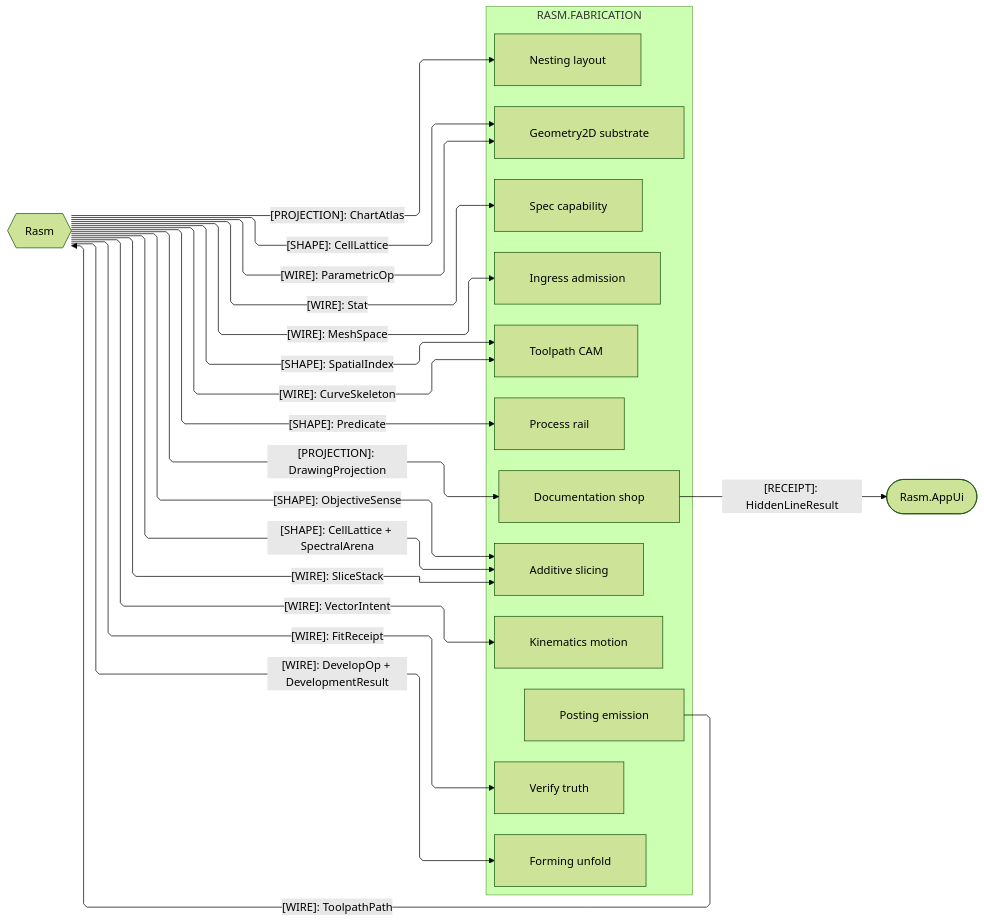
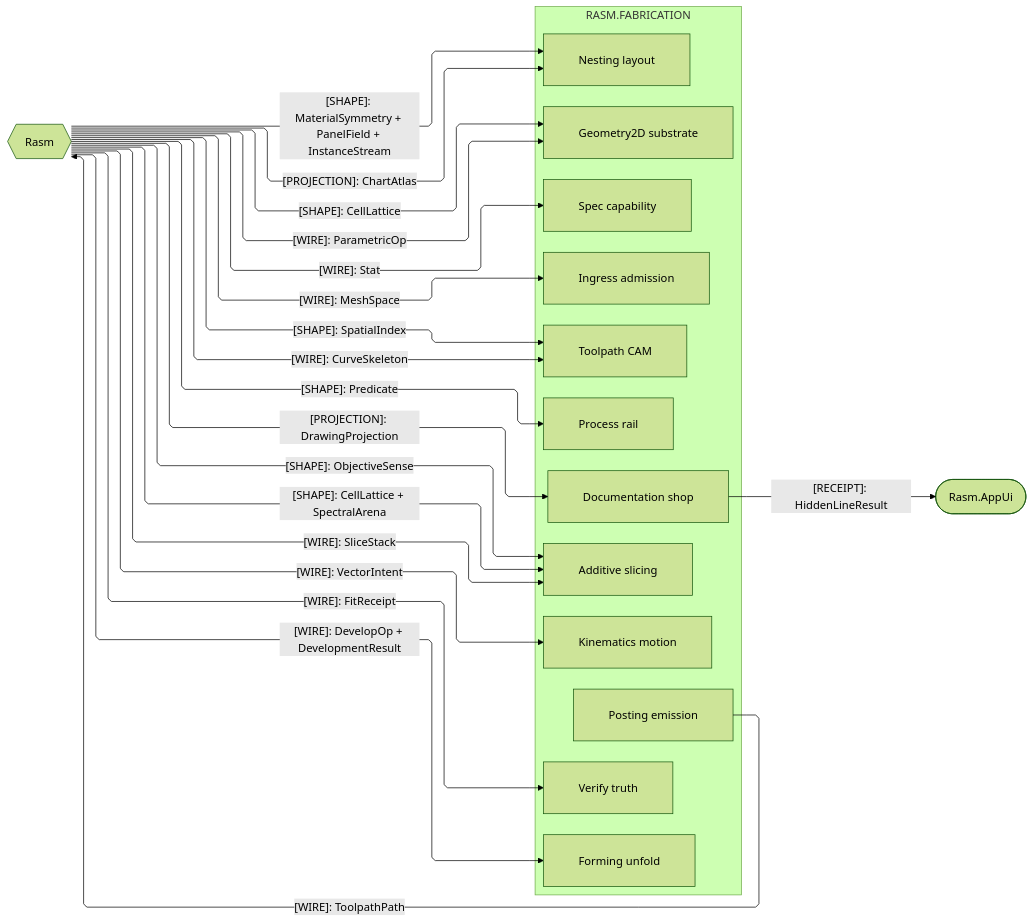
One commit to bsamiee/Rasm changed the third of 4 diagrams in libs/dotnet/Rasm.Fabrication/ARCHITECTURE.md. Above: the diagram before and after it, drawn with Mermaid (forest theme). The commit also changed other lines of this file and 167 other files, not shown here.

````diff
--- a/libs/dotnet/Rasm.Fabrication/ARCHITECTURE.md
+++ b/libs/dotnet/Rasm.Fabrication/ARCHITECTURE.md
@@ -228,45 +228,46 @@
 ```mermaid
 ---
 config:
   layout: elk
   flowchart:
     curve: linear
     padding: 25
 ---
 flowchart LR
     accTitle: Fabrication kernel and platform seams
     accDescr: Which contracts cross between Fabrication, the kernel substrate, and the app-platform UI, one labeled edge per family.
     subgraph fabrication[RASM.FABRICATION]
         Process[Process rail]
         Ingress[Ingress admission]
         Geometry2D[Geometry2D substrate]
         Toolpath[Toolpath CAM]
         Additive[Additive slicing]
         Forming[Forming unfold]
         Kinematics[Kinematics motion]
         Nesting[Nesting layout]
         Spec[Spec capability]
         Verify[Verify truth]
         Documentation[Documentation shop]
         Posting[Posting emission]
     end
     Rasm{{Rasm}}
     AppUi([Rasm.AppUi])
     Rasm e1@-->|"[SHAPE]: Predicate"| Process
     Rasm e2@-->|"[WIRE]: MeshSpace"| Ingress
     Rasm e3@-->|"[WIRE]: ParametricOp"| Geometry2D
     Rasm e4@-->|"[WIRE]: CurveSkeleton"| Toolpath
     Rasm e5@-->|"[WIRE]: SliceStack"| Additive
     Rasm e6@-->|"[WIRE]: DevelopOp + DevelopmentResult"| Forming
     Rasm e7@-->|"[WIRE]: VectorIntent"| Kinematics
     Rasm e8@-->|"[PROJECTION]: ChartAtlas"| Nesting
     Rasm e9@-->|"[WIRE]: Stat"| Spec
     Rasm e10@-->|"[WIRE]: FitReceipt"| Verify
     Rasm e11@-->|"[PROJECTION]: DrawingProjection"| Documentation
     Posting e12@-->|"[WIRE]: ToolpathPath"| Rasm
     Documentation e13@-->|"[RECEIPT]: HiddenLineResult"| AppUi
     Rasm e14@-->|"[SHAPE]: SpatialIndex"| Toolpath
     Rasm e15@-->|"[SHAPE]: CellLattice + SpectralArena"| Additive
     Rasm e16@-->|"[SHAPE]: CellLattice"| Geometry2D
     Rasm e17@-->|"[SHAPE]: ObjectiveSense"| Additive
+    Rasm e18@-->|"[SHAPE]: MaterialSymmetry + PanelField + InstanceStream"| Nesting
 ```
````
